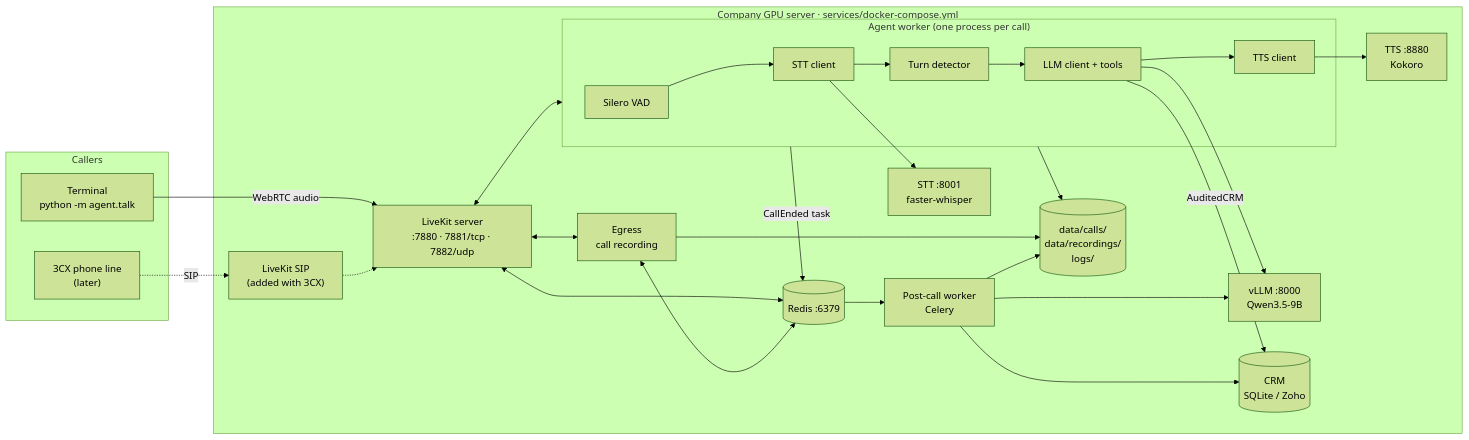
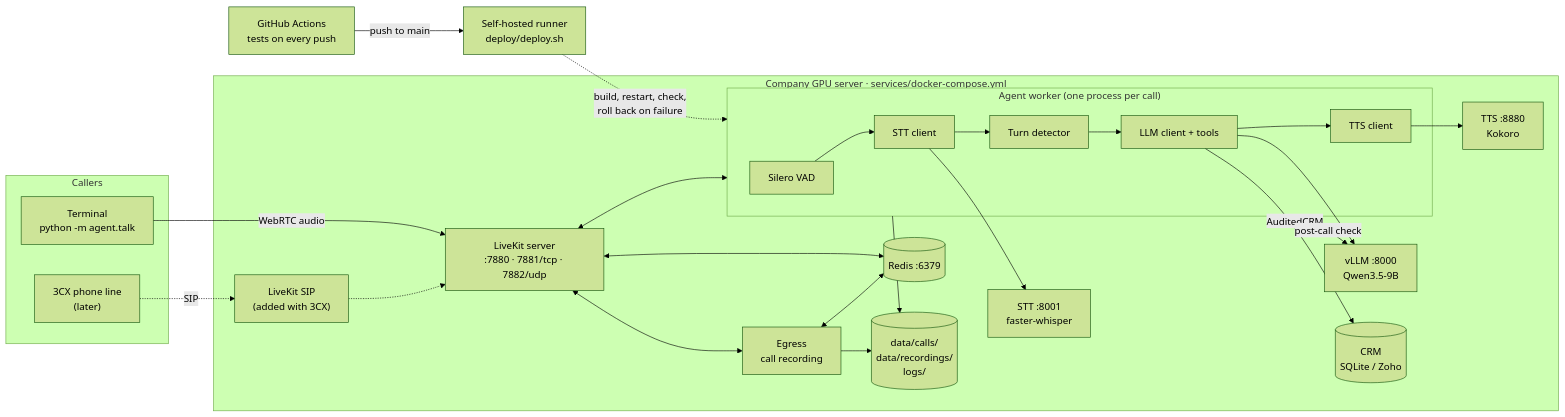
One commit to MaryamMaksour/ev-voice-agent changed the diagram in docs/architecture.md. Above: the diagram before and after it, drawn with Mermaid (forest theme). The commit also changed other lines of this file and 24 other files, not shown here.

Commit message:
Prod-ready: deploy with rollback, post-call recovery without Celery, CI/CD

````diff
--- a/docs/architecture.md
+++ b/docs/architecture.md
@@ -8,42 +8,41 @@
 ```mermaid
 flowchart LR
     subgraph Callers
         T["Terminal<br/>python -m agent.talk"]
         P["3CX phone line<br/>(later)"]
     end
 
     subgraph Server["Company GPU server · services/docker-compose.yml"]
         LK["LiveKit server<br/>:7880 · 7881/tcp · 7882/udp"]
         SIP["LiveKit SIP<br/>(added with 3CX)"]
         EG["Egress<br/>call recording"]
         RD[("Redis :6379")]
 
         subgraph Agent["Agent worker (one process per call)"]
             VAD["Silero VAD"] --> STT["STT client"] --> TD["Turn detector"] --> LLM["LLM client + tools"] --> TTS["TTS client"]
         end
 
         V["vLLM :8000<br/>Qwen3.5-9B"]
         W["STT :8001<br/>faster-whisper"]
         K["TTS :8880<br/>Kokoro"]
         CRM[("CRM<br/>SQLite / Zoho")]
-        PC["Post-call worker<br/>Celery"]
         FS[("data/calls/<br/>data/recordings/<br/>logs/")]
     end
+
+    GH["GitHub Actions<br/>tests on every push"] -- "push to main" --> RUN["Self-hosted runner<br/>deploy/deploy.sh"]
+    RUN -. "build, restart, check,<br/>roll back on failure" .-> Agent
 
     T -- WebRTC audio --> LK
     P -. SIP .-> SIP -.-> LK
     LK <--> Agent
     LK <--> EG
     EG --> FS
     LK <--> RD
     EG <--> RD
     STT --> W
     LLM --> V
     TTS --> K
     LLM -- "AuditedCRM" --> CRM
-    Agent -- "CallEnded task" --> RD --> PC
-    PC --> V
-    PC --> CRM
+    Agent -- "post-call check" --> V
     Agent --> FS
-    PC --> FS
 ```
````
